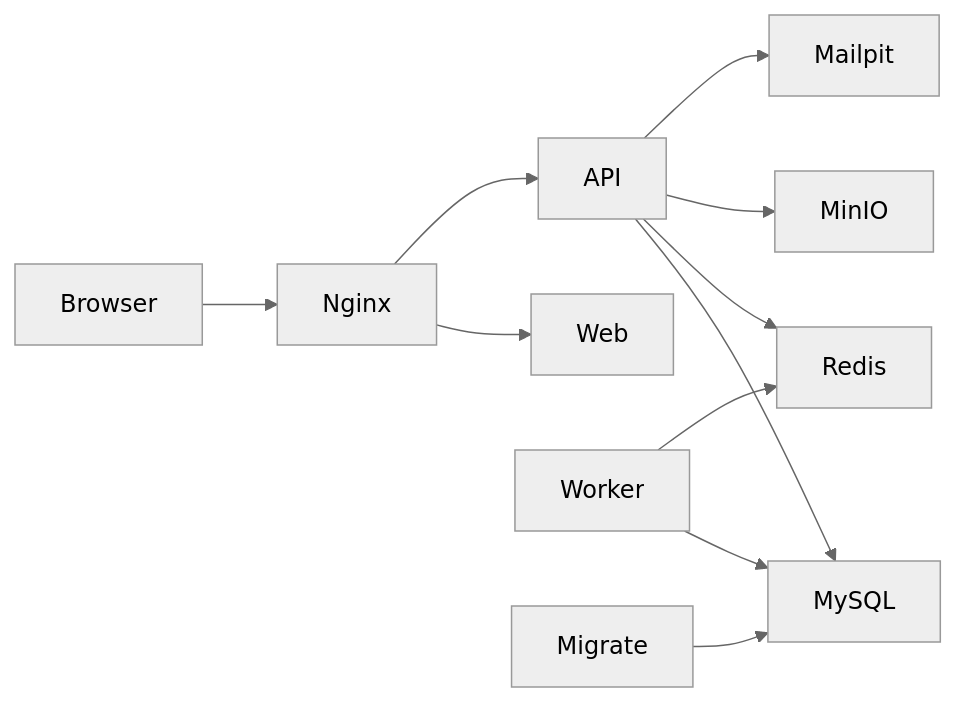
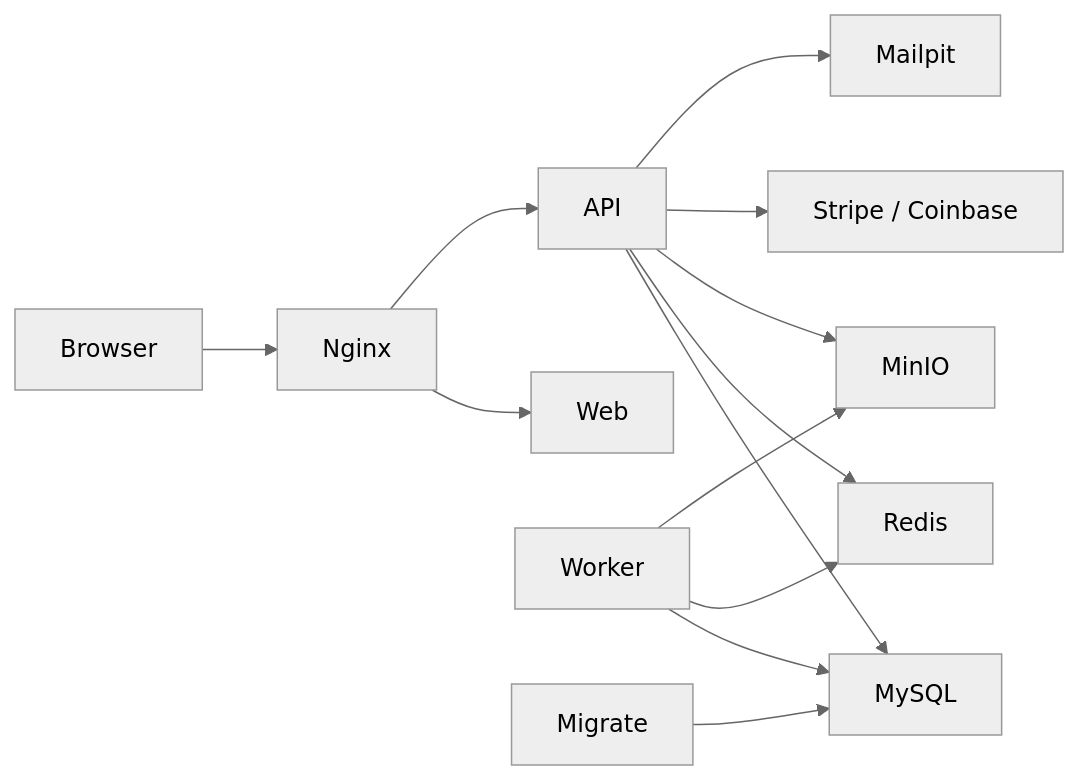
The diagram in docs/architecture/container-architecture.md (ildrm/logicommerce-logistic-ecommerce), drawn with Mermaid (neutral theme) before and after one commit. The commit also changed other lines of this file and 89 other files, not shown here.

````diff
--- a/docs/architecture/container-architecture.md
+++ b/docs/architecture/container-architecture.md
@@ -8,13 +8,15 @@
 ```mermaid
 flowchart LR
   Browser --> Nginx
   Nginx --> Web
   Nginx --> API
   API --> MySQL
   API --> Redis
   API --> MinIO
+  API --> PaymentProviders[Stripe / Coinbase]
   Worker --> MySQL
   Worker --> Redis
+  Worker --> MinIO
   Migrate --> MySQL
   API --> Mailpit
 ```
````
